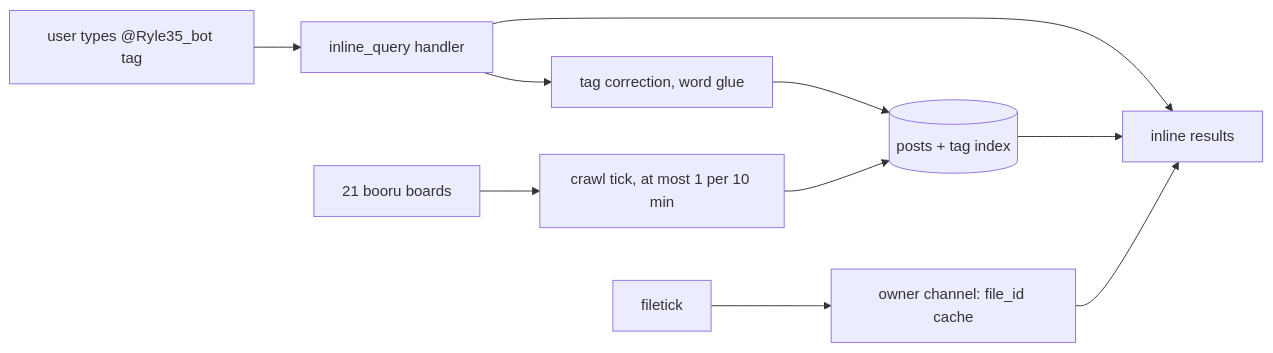
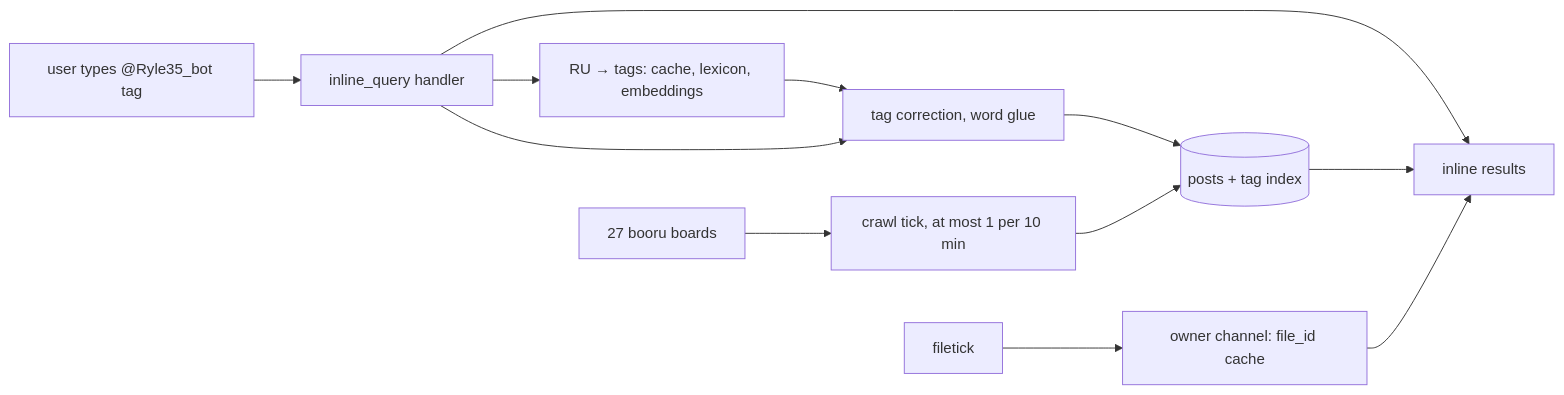
The diagram in README.md (kushalka/Ryle35), drawn with Mermaid before and after one commit. The commit also changed other lines of this file and 1 other file, not shown here.

````diff
--- a/README.md
+++ b/README.md
@@ -22,12 +23,14 @@
 ```mermaid
 flowchart LR
     U["user types @Ryle35_bot tag"] --> IQ["inline_query handler"]
-    IQ --> TC["tag correction, word glue"]
+    IQ --> RU["RU → tags: cache, lexicon, embeddings"]
+    RU --> TC["tag correction, word glue"]
+    IQ --> TC
     TC --> DB[("posts + tag index")]
     IQ --> RES["inline results"]
     DB --> RES
     CR["crawl tick, at most 1 per 10 min"] --> DB
-    BS["21 booru boards"] --> CR
+    BS["27 booru boards"] --> CR
     FT["filetick"] --> CH["owner channel: file_id cache"]
     CH --> RES
 ```
````
